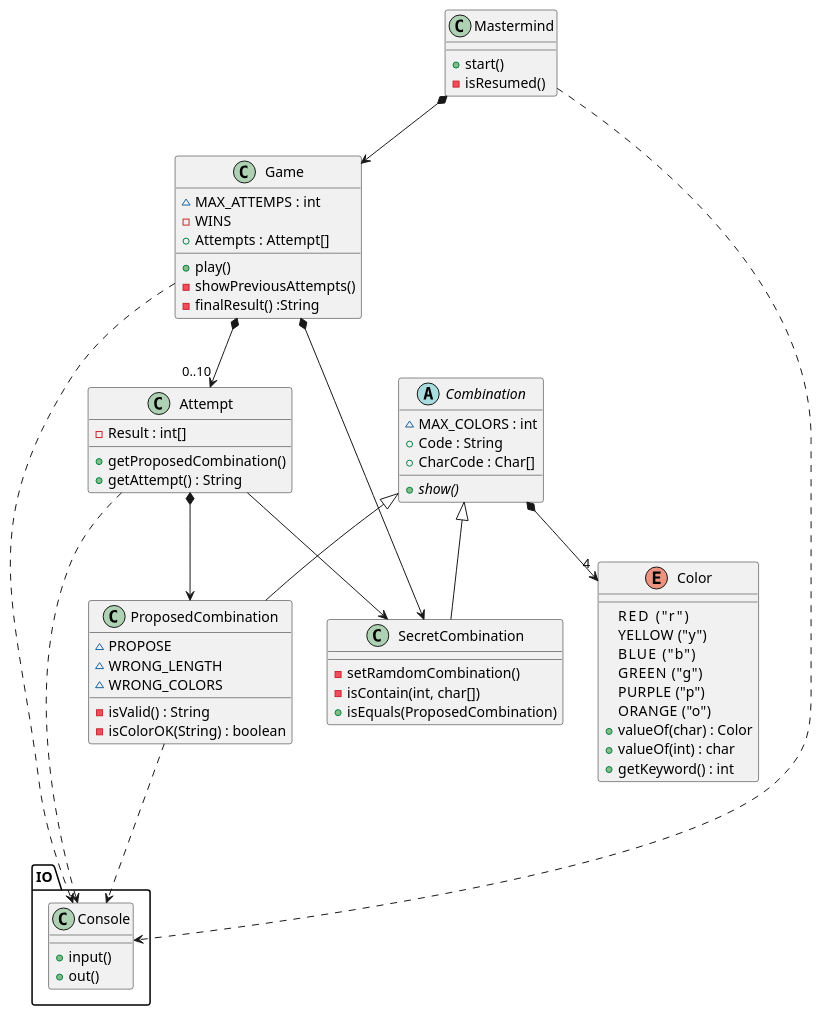
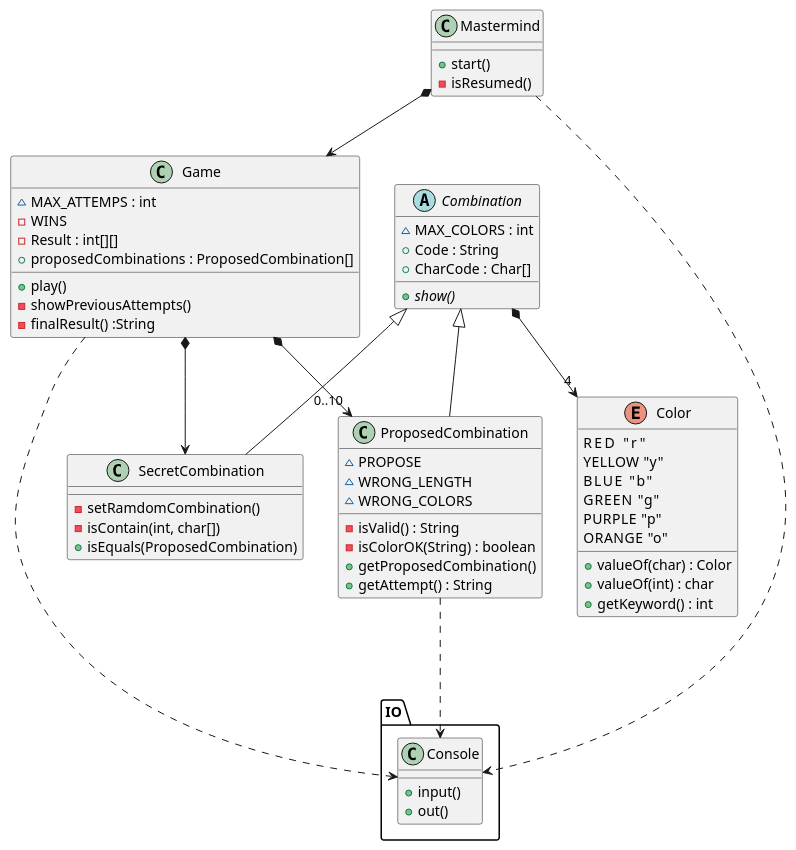
The diagram in Mastermind/Mastermind.wsd (Master-Desarrollo-20-21/ejercicio-3-codigo-de-mastermind-herencia-kiarras), drawn with PlantUML before and after one commit. The commit also changed 2 other files, not shown here.

Commit message:
Eliminate Attempt

```diff
--- a/Mastermind/Mastermind.wsd
+++ b/Mastermind/Mastermind.wsd
@@ -1,69 +1,63 @@
 @startuml Mastermind
 class Mastermind{
   + start()
   - isResumed()
 }
 Mastermind *--> Game
 class Game{
     ~ MAX_ATTEMPS : int
     - WINS
-    + Attempts : Attempt[]
+    - Result : int[][]
+    + proposedCombinations : ProposedCombination[]
     + play()
     - showPreviousAttempts()
     - finalResult() :String
 }
-Game *--> "0..10" Attempt
 Game *--> SecretCombination
-
-class Attempt{
-    - Result : int[]
-    + getProposedCombination()
-    + getAttempt() : String
-}
-Attempt *--> ProposedCombination
-Attempt --> SecretCombination
+Game *--> "0..10" ProposedCombination
 
 abstract class Combination{
     ~ MAX_COLORS : int
     + Code : String
     + CharCode : Char[]
     {abstract} + show()
 }
 Combination *--> "4" Color
 enum Color{
-    RED     ("r")
-    YELLOW  ("y")
-    BLUE    ("b")
-    GREEN   ("g")
-    PURPLE  ("p")
-    ORANGE  ("o")
+    RED     "r"
+    YELLOW  "y"
+    BLUE    "b"
+    GREEN   "g"
+    PURPLE  "p"
+    ORANGE  "o"
     + valueOf(char) : Color
     + valueOf(int) : char
     + getKeyword() : int
 }
 Combination <|-- SecretCombination
 Combination <|-- ProposedCombination
 Class SecretCombination{
     - setRamdomCombination()
     - isContain(int, char[])
     + isEquals(ProposedCombination)
 }
 Class ProposedCombination{
     ~ PROPOSE
     ~ WRONG_LENGTH
     ~ WRONG_COLORS
     - isValid() : String
     - isColorOK(String) : boolean
+    + getProposedCombination()
+    + getAttempt() : String
 }
 
 package IO{
     Class Console{
         + input()
         + out()
     }
 }
-Attempt ...> Console
 Game ...> Console
 Mastermind ...> Console
 ProposedCombination ...> Console
 @enduml
```
